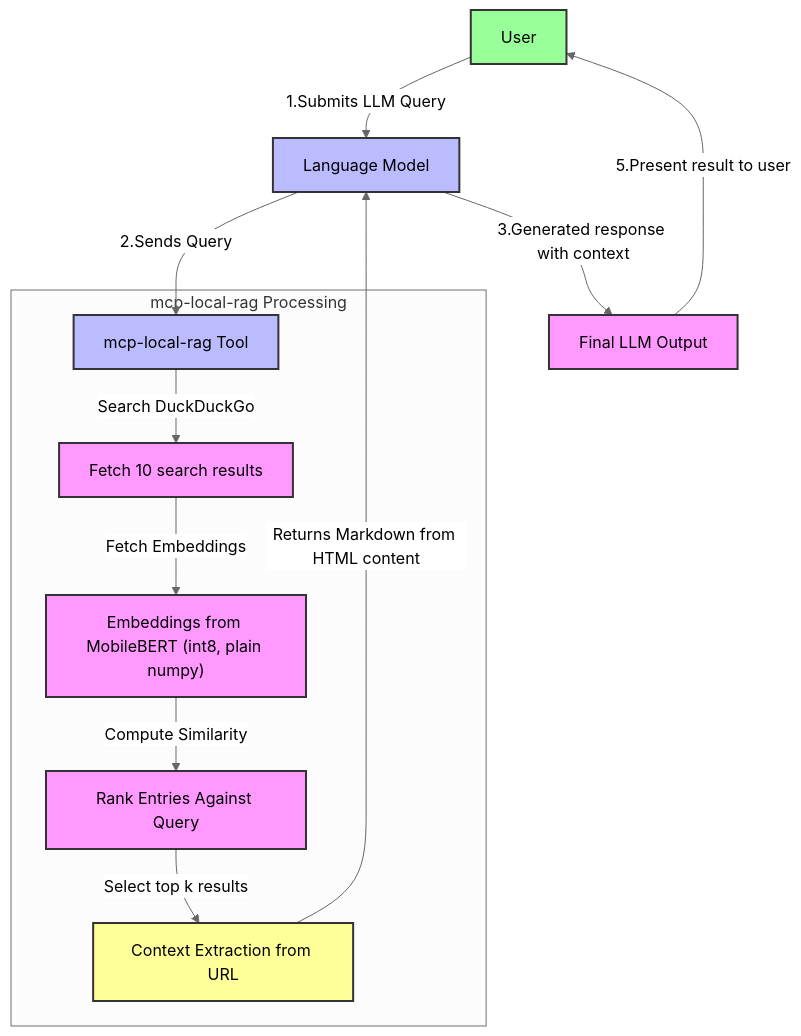
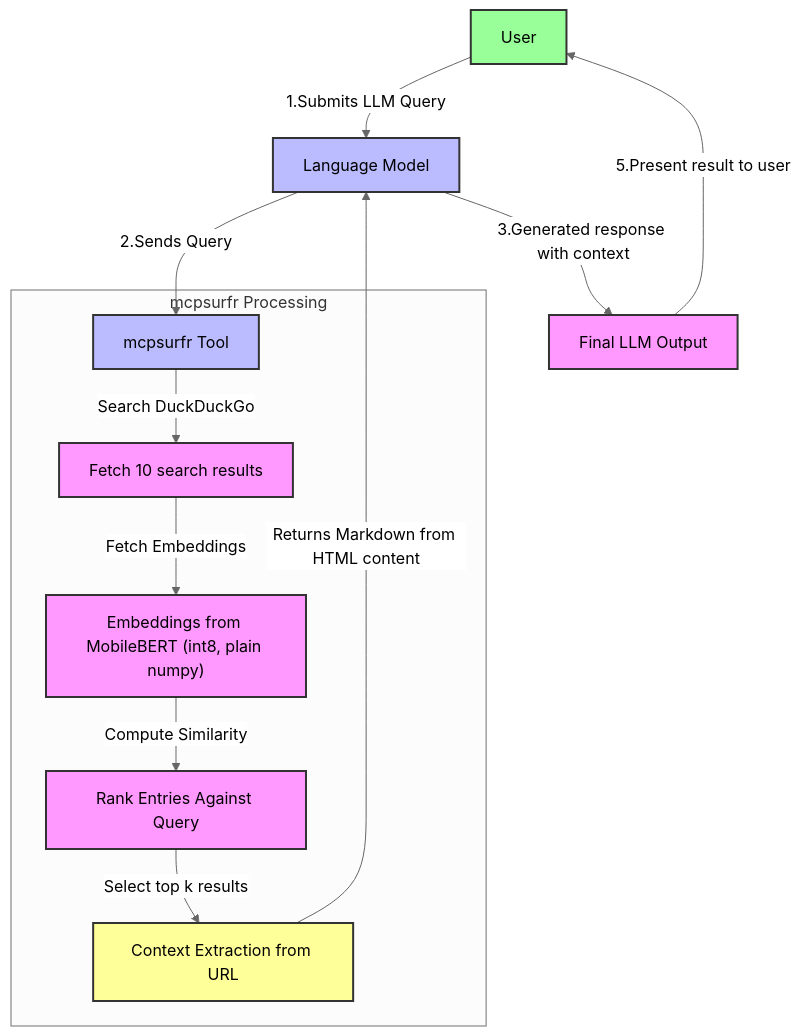
The diagram in images/flowchart.mermaid (nkapila6/mcp-local-rag), drawn with Mermaid (neutral theme) before and after one commit. The commit also changed 18 other files, not shown here.

```diff
--- a/images/flowchart.mermaid
+++ b/images/flowchart.mermaid
@@ -1,23 +1,23 @@
 flowchart TD
     A[User] -->|1.Submits LLM Query| B[Language Model]
-    B -->|2.Sends Query| C[mcp-local-rag Tool]
+    B -->|2.Sends Query| C[mcpsurfr Tool]
     
-    subgraph mcp-local-rag Processing
+    subgraph mcpsurfr Processing
     C -->|Search DuckDuckGo| D[Fetch 10 search results]
     D -->|Fetch Embeddings| E["Embeddings from MobileBERT (int8, plain numpy)"]
     E -->|Compute Similarity| F[Rank Entries Against Query]
     F -->|Select top k results| G[Context Extraction from URL]
     end
     
     G -->|Returns Markdown from HTML content| B
     B -->|3.Generated response with context| H[Final LLM Output]
     H -->|5.Present result to user| A
 
     classDef default fill:#f9f,stroke:#333,stroke-width:2px;
     classDef process fill:#bbf,stroke:#333,stroke-width:2px;
     classDef input fill:#9f9,stroke:#333,stroke-width:2px;
     classDef output fill:#ff9,stroke:#333,stroke-width:2px;
 
     class A input;
     class B,C process;
     class G output;
```
